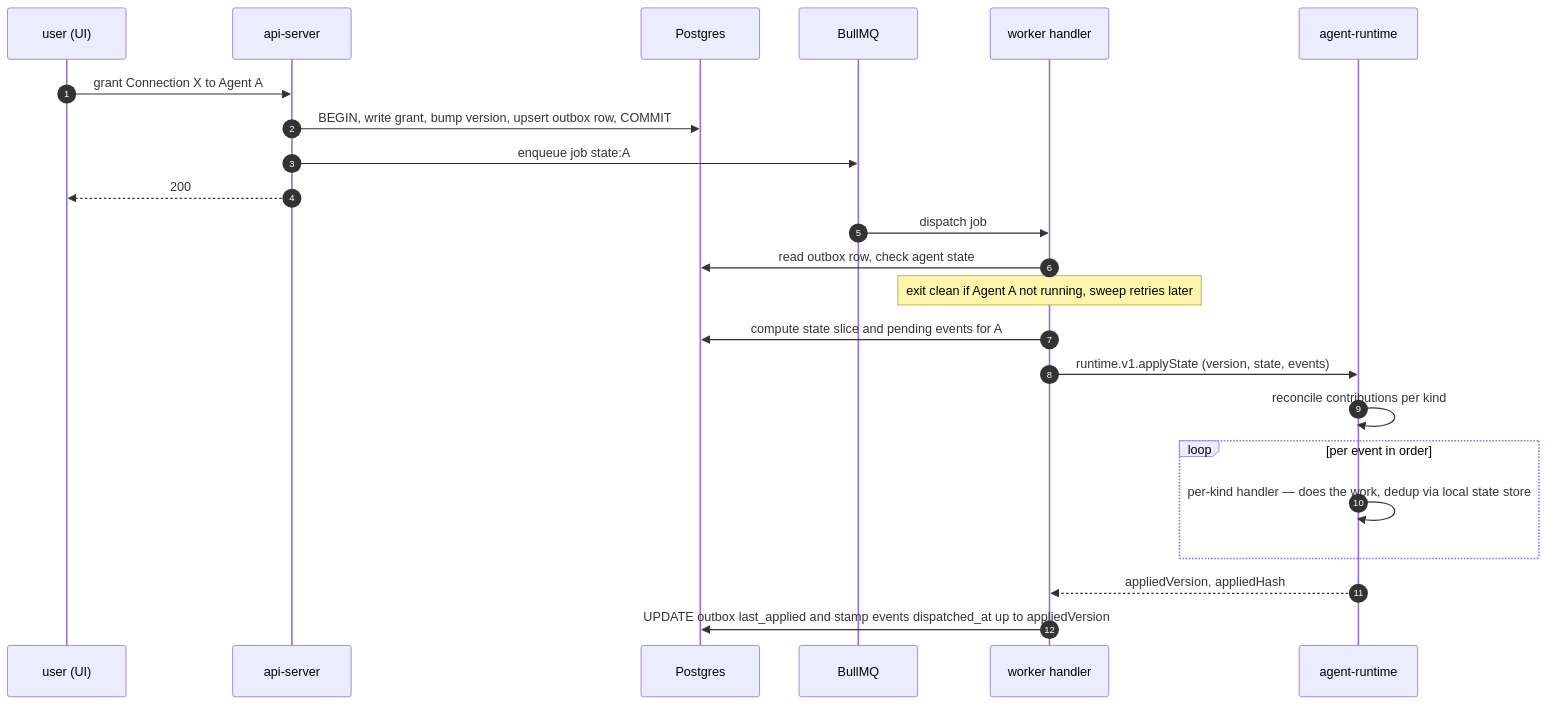
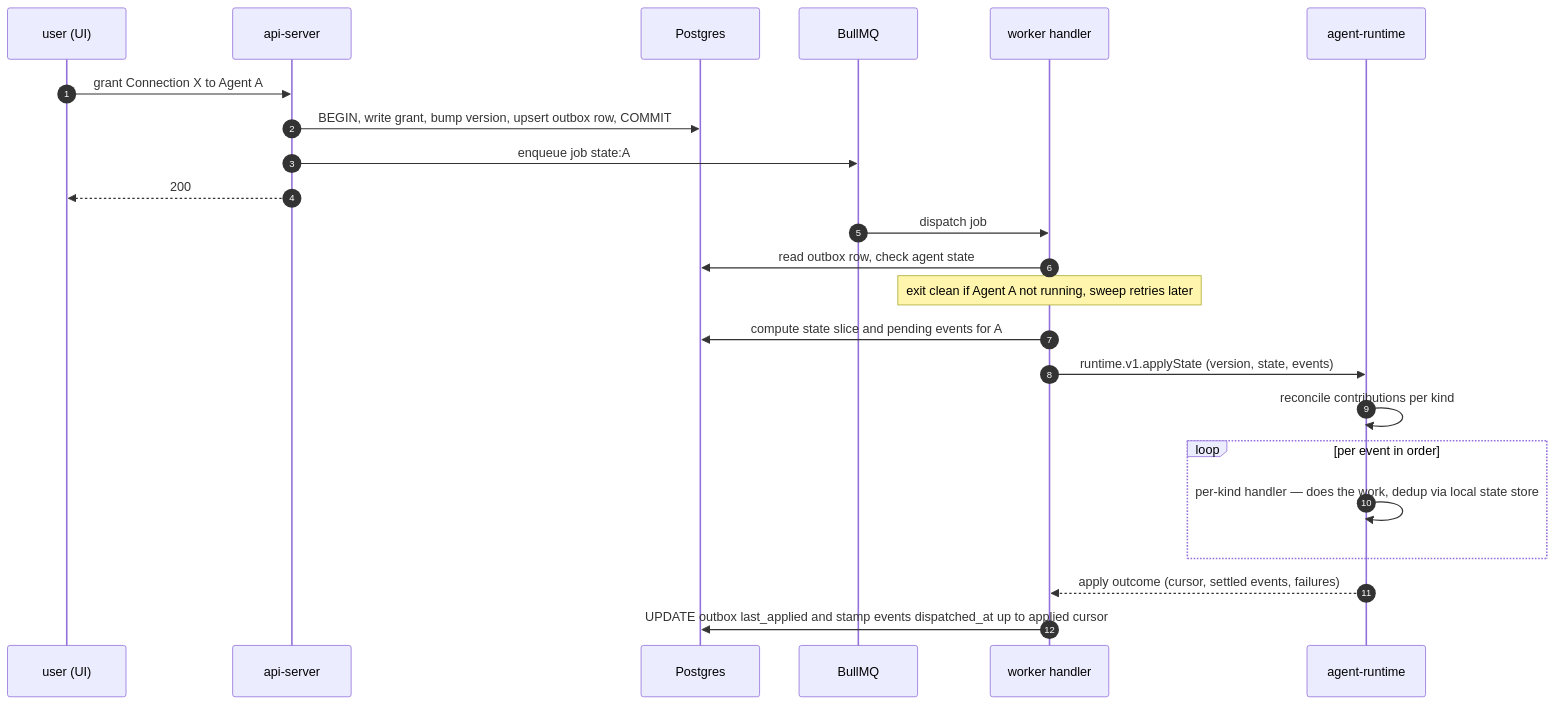
Before and after one commit to subbyte/dam: the third of 6 diagrams in docs/architecture/connections.md, drawn with Mermaid. The commit also changed other lines of this file and 1 other file, not shown here.

First line of the commit message:
docs(architecture): describe protocols semantically, fix connections drift (#1085)

````diff
--- a/docs/architecture/connections.md
+++ b/docs/architecture/connections.md
@@ -226,27 +209,27 @@
 ```mermaid
 sequenceDiagram
   autonumber
   participant USER as user (UI)
   participant AS as api-server
   participant PG as Postgres
   participant BQ as BullMQ
   participant WK as worker handler
   participant RT as agent-runtime
 
   USER->>AS: grant Connection X to Agent A
   AS->>PG: BEGIN, write grant, bump version, upsert outbox row, COMMIT
   AS->>BQ: enqueue job state:A
   AS-->>USER: 200
 
   BQ->>WK: dispatch job
   WK->>PG: read outbox row, check agent state
   Note over WK: exit clean if Agent A not running, sweep retries later
   WK->>PG: compute state slice and pending events for A
   WK->>RT: runtime.v1.applyState (version, state, events)
   RT->>RT: reconcile contributions per kind
   loop per event in order
     RT->>RT: per-kind handler — does the work, dedup via local state store
   end
-  RT-->>WK: appliedVersion, appliedHash
-  WK->>PG: UPDATE outbox last_applied and stamp events dispatched_at up to appliedVersion
+  RT-->>WK: apply outcome (cursor, settled events, failures)
+  WK->>PG: UPDATE outbox last_applied and stamp events dispatched_at up to applied cursor
 ```
````
